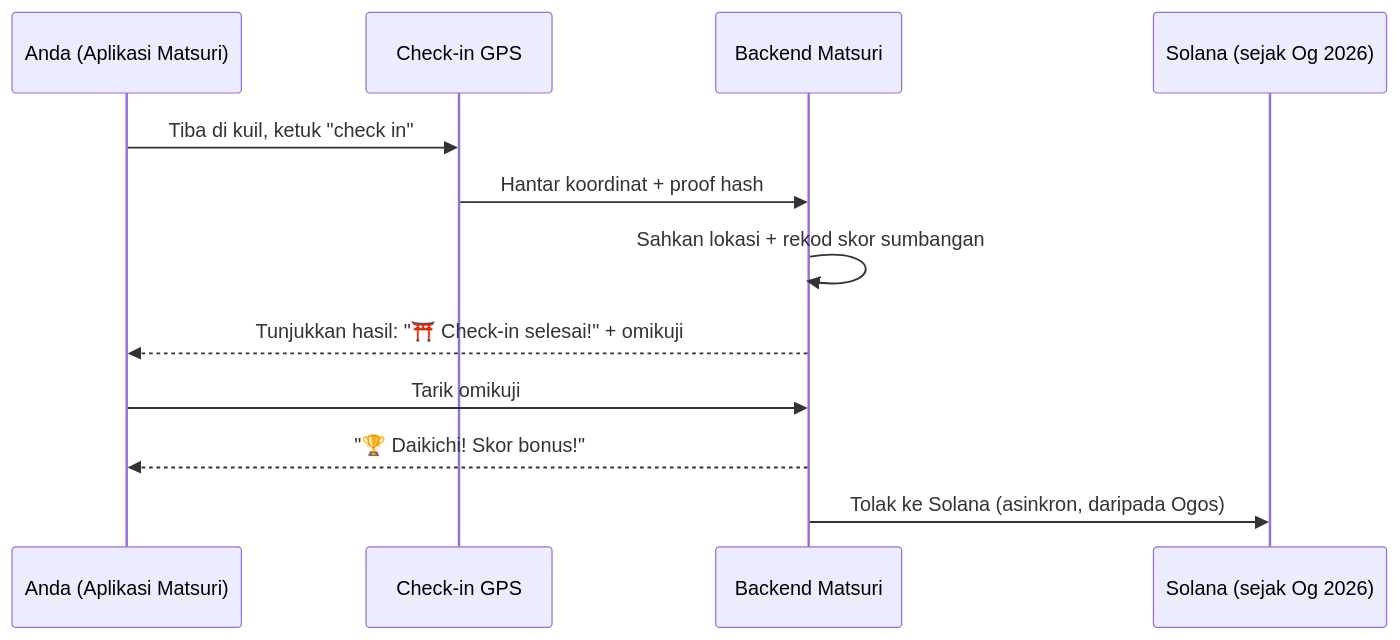
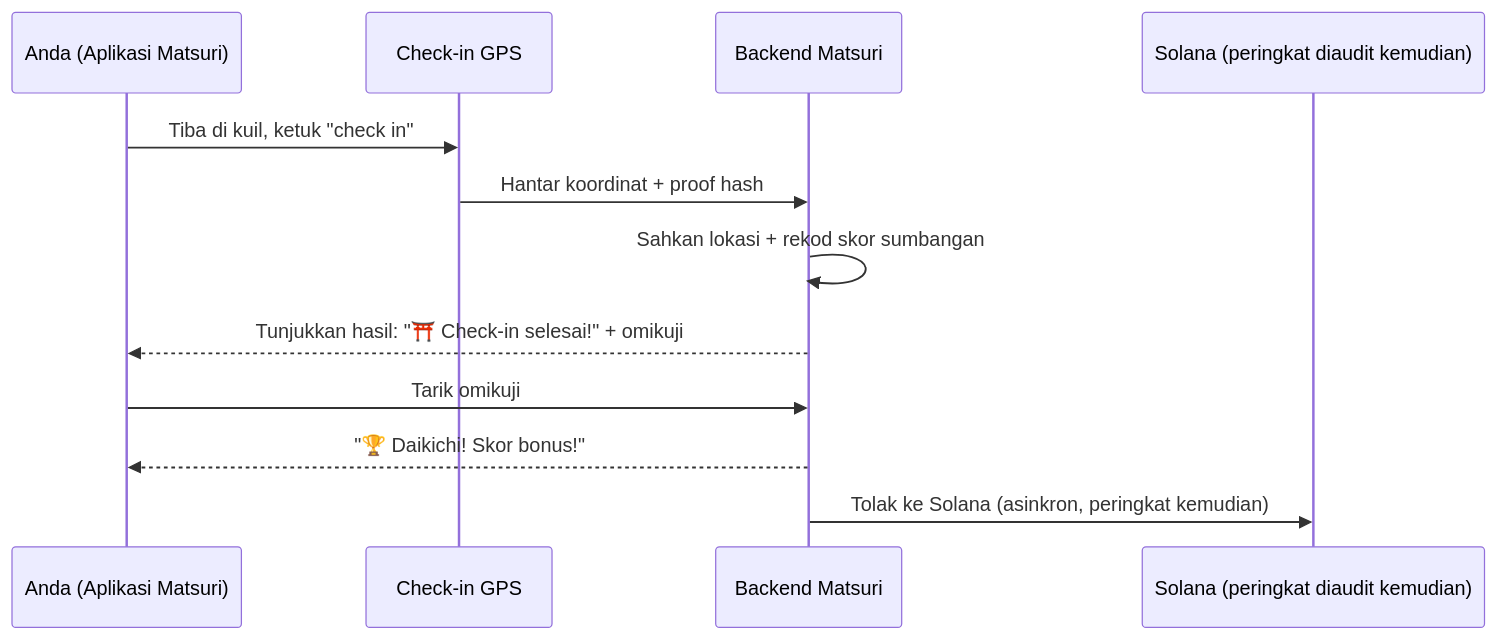
Before and after one commit to Cootakahashi/matsuri-dao-whitepaper: the third of 4 diagrams in i18n/ms/docusaurus-plugin-content-docs/current/04-mining.md, drawn with Mermaid. The commit also changed other lines of this file and 79 other files, not shown here.

First line of the commit message:
docs: re-sequence on-chain roadmap to match the staged Hashlock audit (20 locales)

````diff
--- a/i18n/ms/docusaurus-plugin-content-docs/current/04-mining.md
+++ b/i18n/ms/docusaurus-plugin-content-docs/current/04-mining.md
@@ -109,15 +109,15 @@
 ```mermaid
 sequenceDiagram
     participant U as Anda (Aplikasi Matsuri)
     participant GPS as Check-in GPS
     participant API as Backend Matsuri
-    participant SC as Solana (sejak Og 2026)
+    participant SC as Solana (peringkat diaudit kemudian)
 
     U->>GPS: Tiba di kuil, ketuk "check in"
     GPS->>API: Hantar koordinat + proof hash
     API->>API: Sahkan lokasi + rekod skor sumbangan
     API-->>U: Tunjukkan hasil: "⛩️ Check-in selesai!" + omikuji
     U->>API: Tarik omikuji
     API-->>U: "🏆 Daikichi! Skor bonus!"
-    API->>SC: Tolak ke Solana (asinkron, daripada Ogos)
+    API->>SC: Tolak ke Solana (asinkron, peringkat kemudian)
 ```
````
